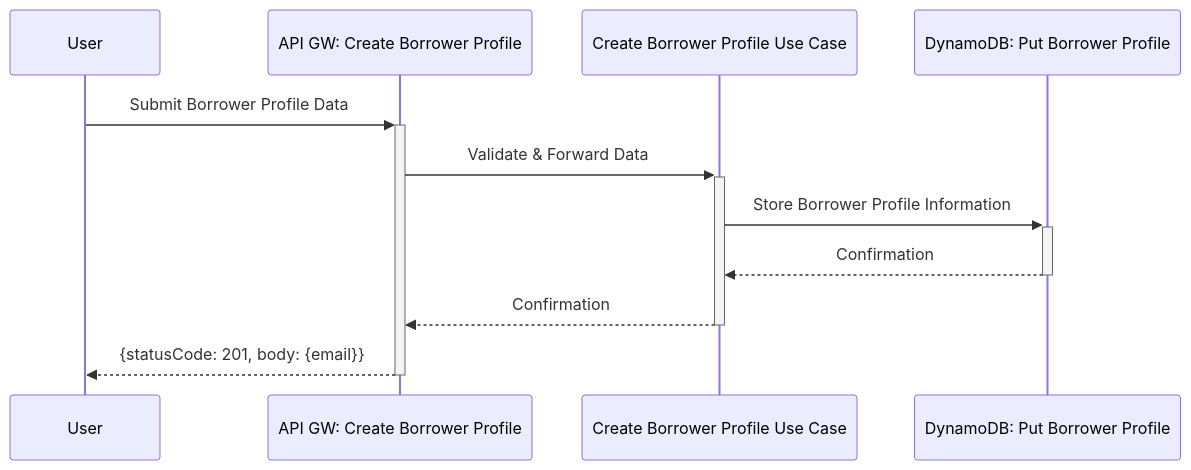
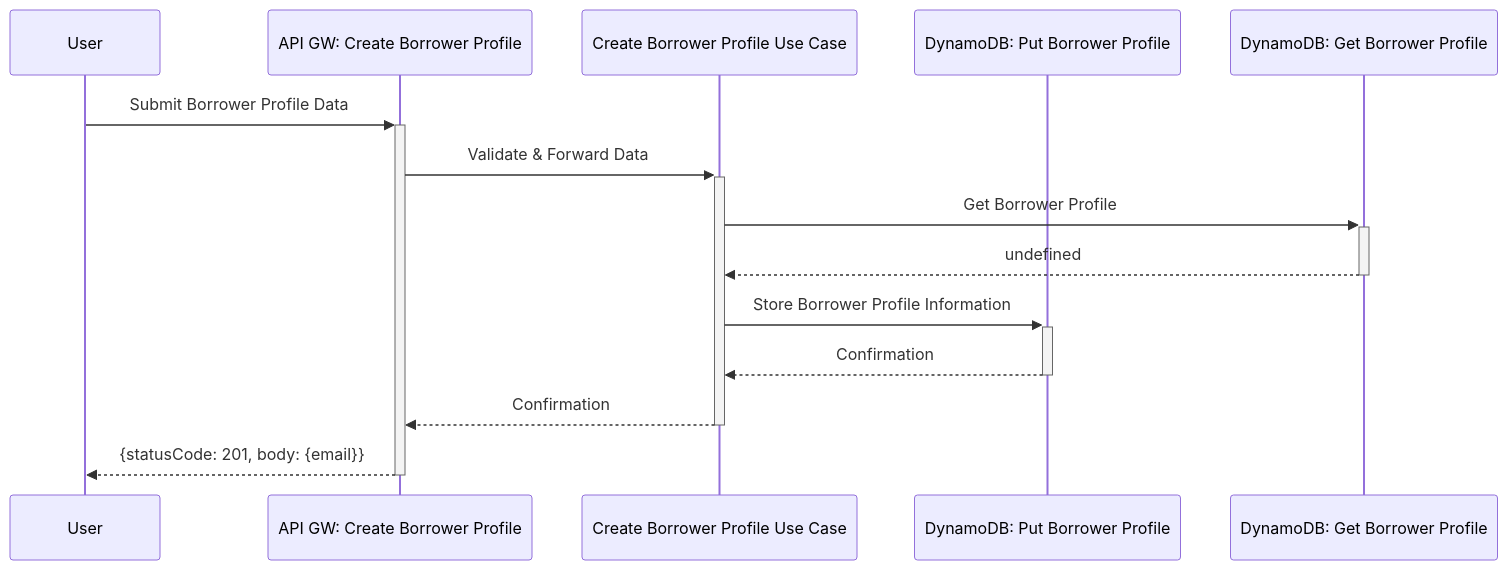
The first of 4 diagrams in docs/docs/borrower-profile/overview.mdx (BenBowers/hexyback-workshop), drawn with Mermaid before and after one commit. The commit also changed other lines of this file and 12 other files, not shown here.

````diff
--- a/docs/docs/borrower-profile/overview.mdx
+++ b/docs/docs/borrower-profile/overview.mdx
@@ -23,14 +23,17 @@
 ```mermaid
 sequenceDiagram
     participant User
     participant PrimaryAdaptor as API GW: Create Borrower Profile
     participant CreateBorrowerProfileUseCase as Create Borrower Profile Use Case
     participant PutBorrowerProfileSecondaryAdapter as DynamoDB: Put Borrower Profile
+    participant GetBorrowerProfileSecondaryAdapter as DynamoDB: Get Borrower Profile
     
     User->>+PrimaryAdaptor: Submit Borrower Profile Data
     PrimaryAdaptor->>+CreateBorrowerProfileUseCase: Validate & Forward Data
+    CreateBorrowerProfileUseCase->>+GetBorrowerProfileSecondaryAdapter: Get Borrower Profile
+    GetBorrowerProfileSecondaryAdapter-->>-CreateBorrowerProfileUseCase: undefined
     CreateBorrowerProfileUseCase->>+PutBorrowerProfileSecondaryAdapter: Store Borrower Profile Information
     PutBorrowerProfileSecondaryAdapter-->>-CreateBorrowerProfileUseCase: Confirmation
     CreateBorrowerProfileUseCase-->>-PrimaryAdaptor: Confirmation
     PrimaryAdaptor-->>-User: {statusCode: 201, body: {email}}
 ```
````
